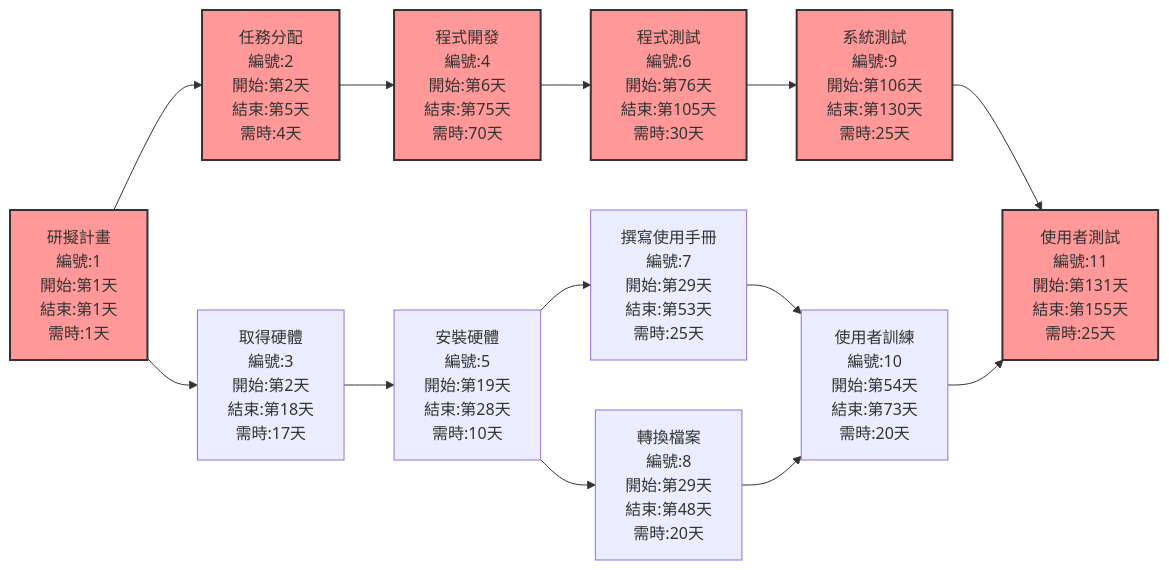
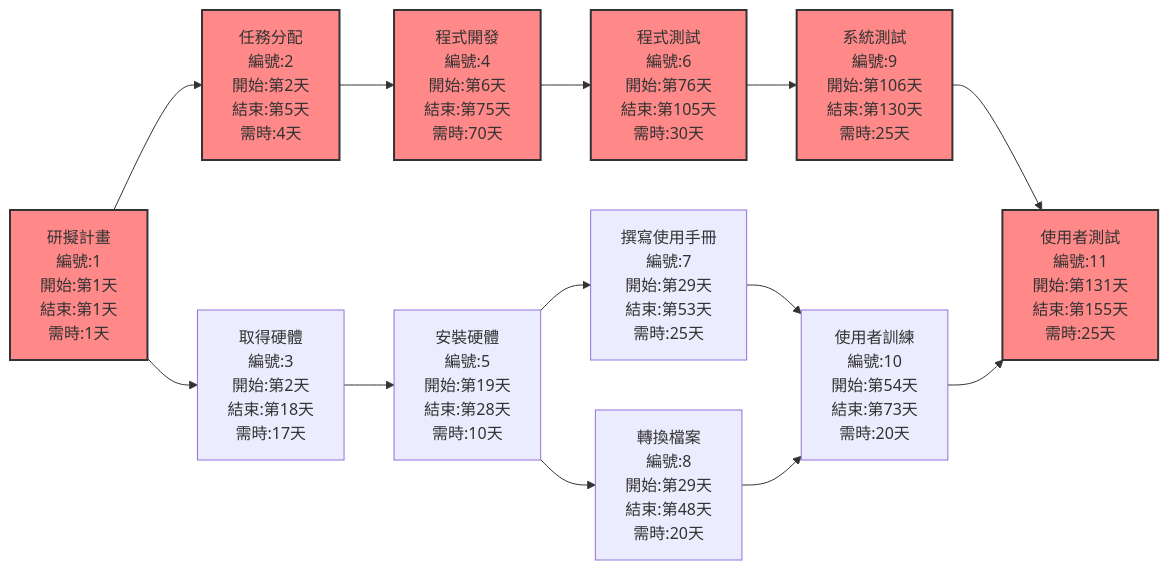
One commit to chuuu-8/114-b changed the first of 2 diagrams in hw2.md. Above: the diagram before and after it, drawn with Mermaid.

````diff
--- a/hw2.md
+++ b/hw2.md
@@ -2,36 +2,37 @@
 ```mermaid
 flowchart LR
     no1["研擬計畫<br/>編號:1<br/>開始:第1天<br/>結束:第1天<br/>需時:1天"]
     no2["任務分配<br/>編號:2<br/>開始:第2天<br/>結束:第5天<br/>需時:4天"]
     no3["取得硬體<br/>編號:3<br/>開始:第2天<br/>結束:第18天<br/>需時:17天"]
     no4["程式開發<br/>編號:4<br/>開始:第6天<br/>結束:第75天<br/>需時:70天"]
     no5["安裝硬體<br/>編號:5<br/>開始:第19天<br/>結束:第28天<br/>需時:10天"]
     no6["程式測試<br/>編號:6<br/>開始:第76天<br/>結束:第105天<br/>需時:30天"]
     no7["撰寫使用手冊<br/>編號:7<br/>開始:第29天<br/>結束:第53天<br/>需時:25天"]
     no8["轉換檔案<br/>編號:8<br/>開始:第29天<br/>結束:第48天<br/>需時:20天"]
     no9["系統測試<br/>編號:9<br/>開始:第106天<br/>結束:第130天<br/>需時:25天"]
     no10["使用者訓練<br/>編號:10<br/>開始:第54天<br/>結束:第73天<br/>需時:20天"]
     no11["使用者測試<br/>編號:11<br/>開始:第131天<br/>結束:第155天<br/>需時:25天"]
 
     %% 任務依存關係
     no1 --> no2
     no1 --> no3
     no2 --> no4
     no3 --> no5
     no4 --> no6
     no5 --> no7
     no5 --> no8
     no6 --> no9
     no7 --> no10
     no8 --> no10
     no9 --> no11
     no10 --> no11
 
     %% 標示關鍵路徑
-    style no1 fill:#f99,stroke:#333,stroke-width:2px
-    style no2 fill:#f99,stroke:#333,stroke-width:2px
-    style no4 fill:#f99,stroke:#333,stroke-width:2px
-    style no6 fill:#f99,stroke:#333,stroke-width:2px
-    style no9 fill:#f99,stroke:#333,stroke-width:2px
-    style no11 fill:#f99,stroke:#333,stroke-width:2px
+    style no1 fill:#f88,stroke:#333,stroke-width:2px
+    style no2 fill:#f88,stroke:#333,stroke-width:2px
+    style no4 fill:#f88,stroke:#333,stroke-width:2px
+    style no6 fill:#f88,stroke:#333,stroke-width:2px
+    style no9 fill:#f88,stroke:#333,stroke-width:2px
+    style no11 fill:#f88,stroke:#333,stroke-width:2px
+
 ```
````
